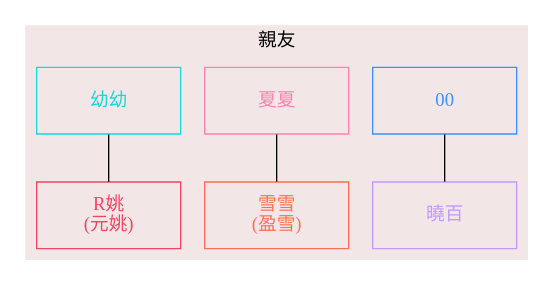
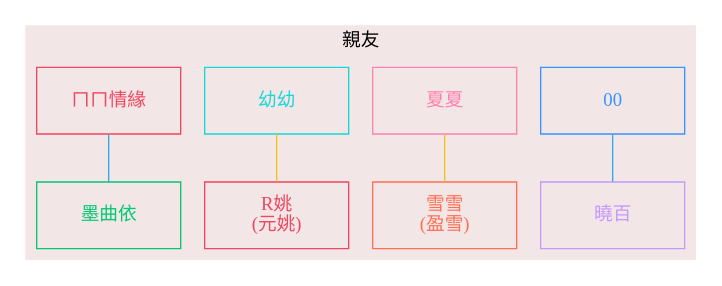
One commit to necro-wbj/- changed the third of 4 diagrams in README.md. Above: the diagram before and after it, drawn with Graphviz. The commit also changed other lines of this file and 1 other file, not shown here.

````diff
--- a/README.md
+++ b/README.md
@@ -86,21 +90,25 @@
 ```dot
 graph{
     subgraph cluster{
     bgcolor="#F2E6E6";
     color="#F2E6E6";
     labelloc="t";
     labeldistance=10;
     node[fontname="微軟正黑體",shape=box,fixedsize=true,height=0.7,width=1.5];
     label="親友";
+    edge [color = "#f1c40f"];
     "00" [color="#3793FF",fontcolor="#3793FF"];
     "夏夏"[color="#FF81B0",fontcolor="#FF81B0"];
     "幼幼"[color="#16D8D8",fontcolor="#16D8D8"];
     "R姚"[label="R姚\n(元姚)",color="#F04660",fontcolor="#F04660"];
     "曉百" [color="#C498FF",fontcolor="#C498FF"];
     "雪雪" [label="雪雪\n(盈雪)",color="#FF6F53",fontcolor="#FF6F53"];
+    "ㄇㄇ" [label="ㄇㄇ情緣",color="#F04660",fontcolor="#F04660"];
+    "墨曲依" [label="墨曲依",color="#02C874",fontcolor="#02C874"];
     夏夏--雪雪;
     幼幼--R姚;
-    00 -- 曉百;
+    00 -- 曉百 [color = "#34a8eb"];
+    ㄇㄇ -- 墨曲依 [color = "#34a8eb"];
     }
 }
 ```
````
